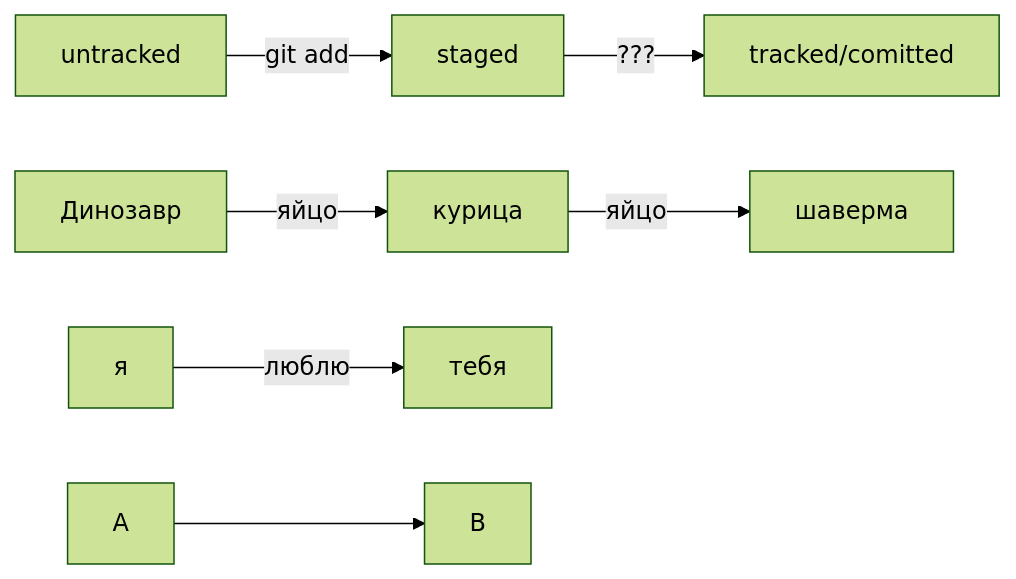
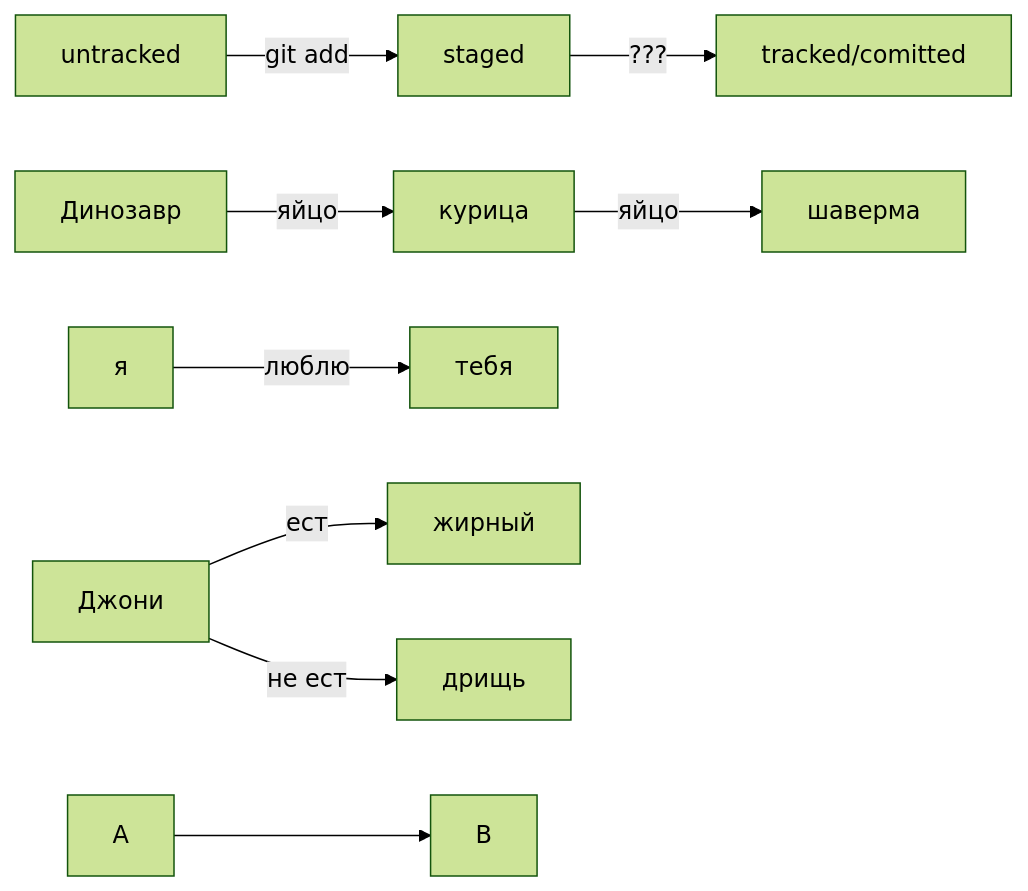
Before and after one commit to AleksandrLARUS/Shpargalka: the diagram in Shpargalka.md, drawn with Mermaid (forest theme).

Commit message:
Покзать пример любимой

````diff
--- a/Shpargalka.md
+++ b/Shpargalka.md
@@ -153,10 +153,11 @@
 ```mermaid
 graph LR;
   untracked -- "git add" --> staged;
   staged    -- "???"     --> tracked/comitted;
   Динозавр -- "яйцо" --> курица -- "яйцо" --> шаверма;
   я -- "люблю" --> тебя;
-
+  Джони -- "ест" --> жирный;
+  Джони -- "не ест" --> дрищь;
 %% стрелка без текста для примера: 
   A --> B;
 ```
````
